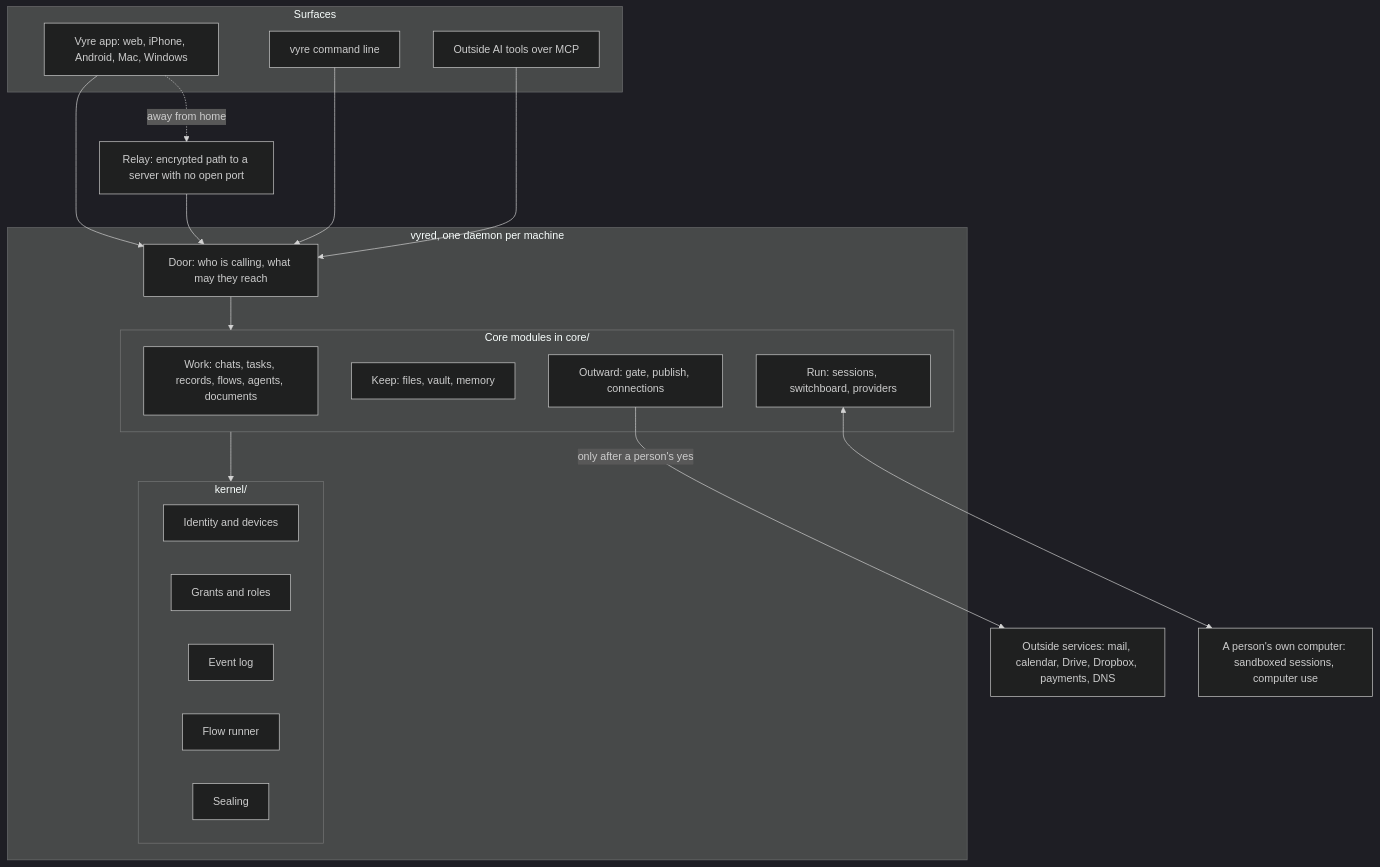
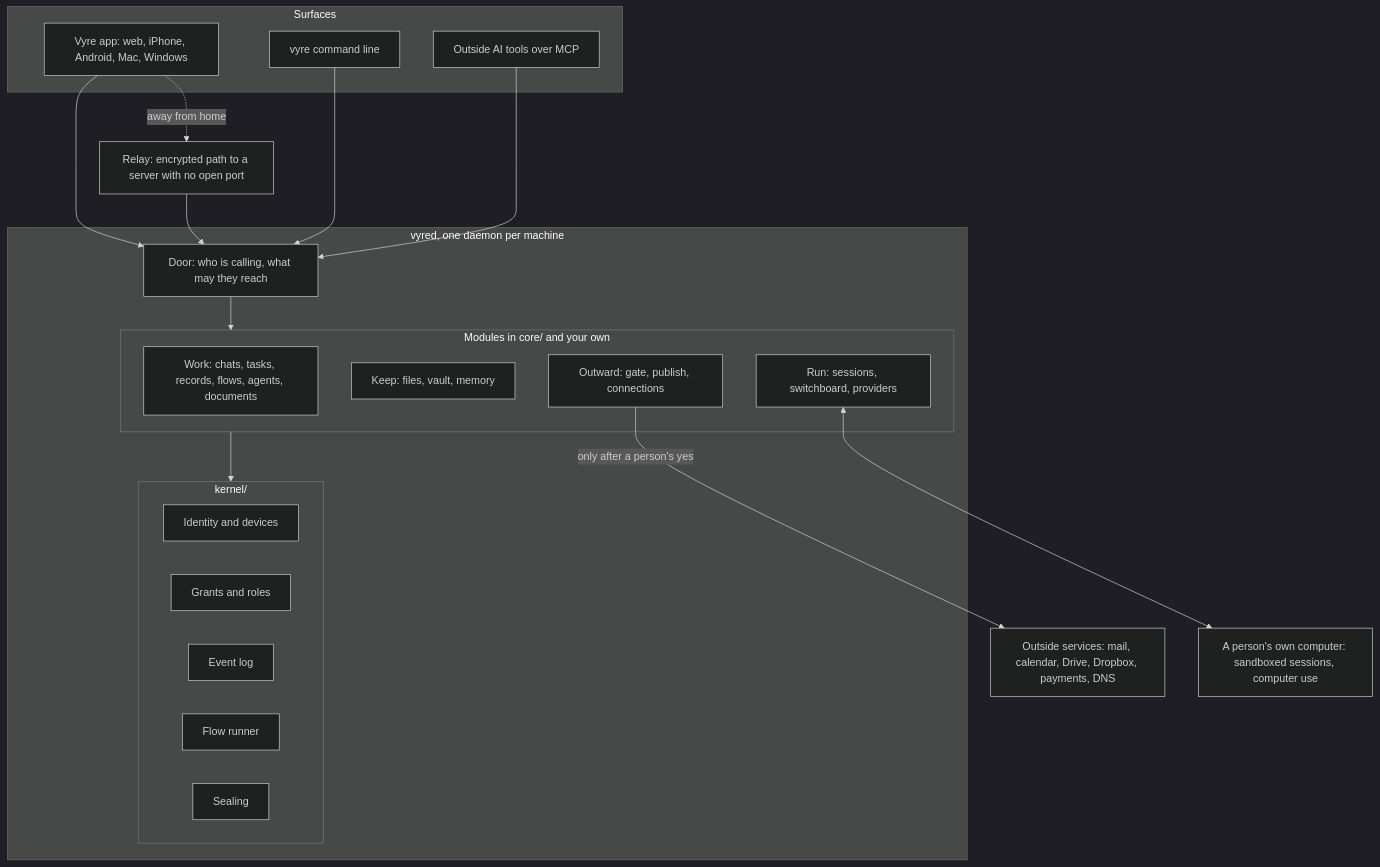
Before and after one commit to vyre-ai/vyre: the diagram in ARCHITECTURE.md, drawn with Mermaid (dark theme). The commit also changed other lines of this file and 23 other files, not shown here.

````diff
--- a/ARCHITECTURE.md
+++ b/ARCHITECTURE.md
@@ -19,32 +36,32 @@
 ```mermaid
 flowchart TB
   subgraph Surfaces["Surfaces"]
     APP["Vyre app: web, iPhone, Android, Mac, Windows"]
     CLI["vyre command line"]
     OUT["Outside AI tools over MCP"]
   end
   RELAY["Relay: encrypted path to a server with no open port"]
   subgraph Daemon["vyred, one daemon per machine"]
     DOOR["Door: who is calling, what may they reach"]
-    subgraph Modules["Core modules in core/"]
+    subgraph Modules["Modules in core/ and your own"]
       WORK["Work: chats, tasks, records, flows, agents, documents"]
       KEEP["Keep: files, vault, memory"]
       OUTW["Outward: gate, publish, connections"]
       RUN["Run: sessions, switchboard, providers"]
     end
     subgraph Kernel["kernel/"]
       ID["Identity and devices"]
       GR["Grants and roles"]
       EV["Event log"]
       FL["Flow runner"]
       SE["Sealing"]
     end
   end
   LOCAL["A person's own computer: sandboxed sessions, computer use"]
   WORLD["Outside services: mail, calendar, Drive, Dropbox, payments, DNS"]
   APP & CLI & OUT --> DOOR
   APP -. "away from home" .-> RELAY --> DOOR
   DOOR --> Modules --> Kernel
   RUN <--> LOCAL
   OUTW -- "only after a person's yes" --> WORLD
 ```
````
